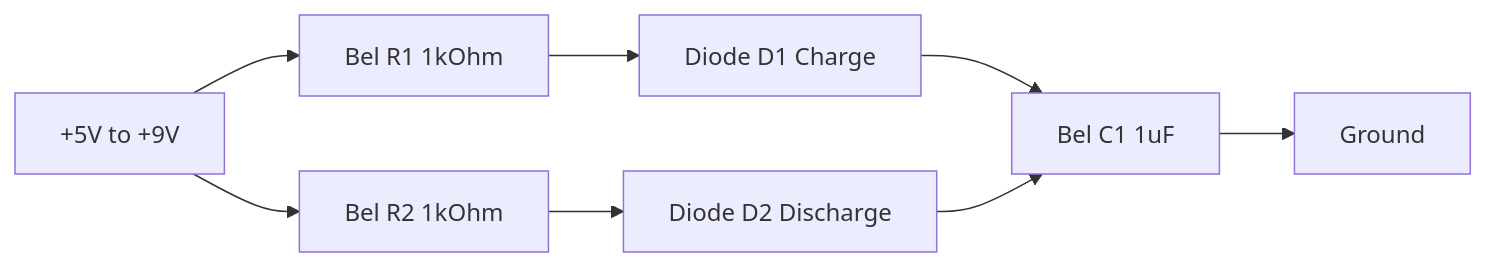
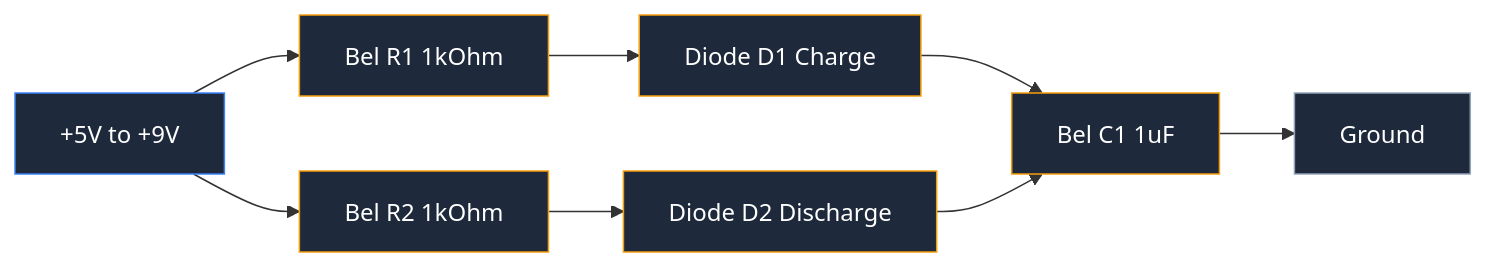
Before and after one commit to fakhir00/circuit-diagram-maker: the seventh of 8 diagrams in src/content/blog/en/555-timer-circuit.md, drawn with Mermaid. The commit also changed other lines of this file, not shown here.

````diff
--- a/src/content/blog/en/555-timer-circuit.md
+++ b/src/content/blog/en/555-timer-circuit.md
@@ -298,10 +357,18 @@
 ```mermaid
 flowchart LR
     VCC[+5V to +9V] --> R1[Bel R1 1kOhm]
     VCC --> R2[Bel R2 1kOhm]
     R1 --> D1[Diode D1 Charge]
     R2 --> D2[Diode D2 Discharge]
     D1 --> C1[Bel C1 1uF]
     D2 --> C1
     C1 --> GND[Ground]
+    
+    style VCC fill:#1e293b,stroke:#3b82f6,color:#fff
+    style R1 fill:#1e293b,stroke:#f59e0b,color:#fff
+    style R2 fill:#1e293b,stroke:#f59e0b,color:#fff
+    style D1 fill:#1e293b,stroke:#f59e0b,color:#fff
+    style D2 fill:#1e293b,stroke:#f59e0b,color:#fff
+    style C1 fill:#1e293b,stroke:#f59e0b,color:#fff
+    style GND fill:#1e293b,stroke:#94a3b8,color:#fff
 ```
````
